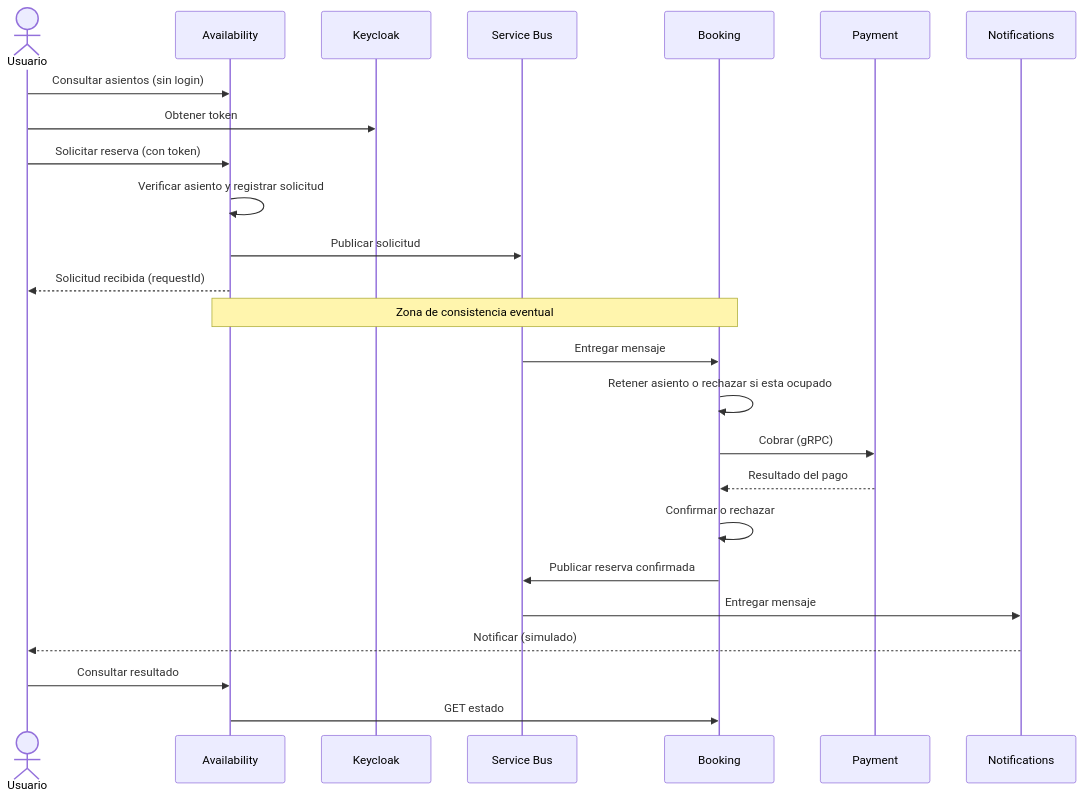
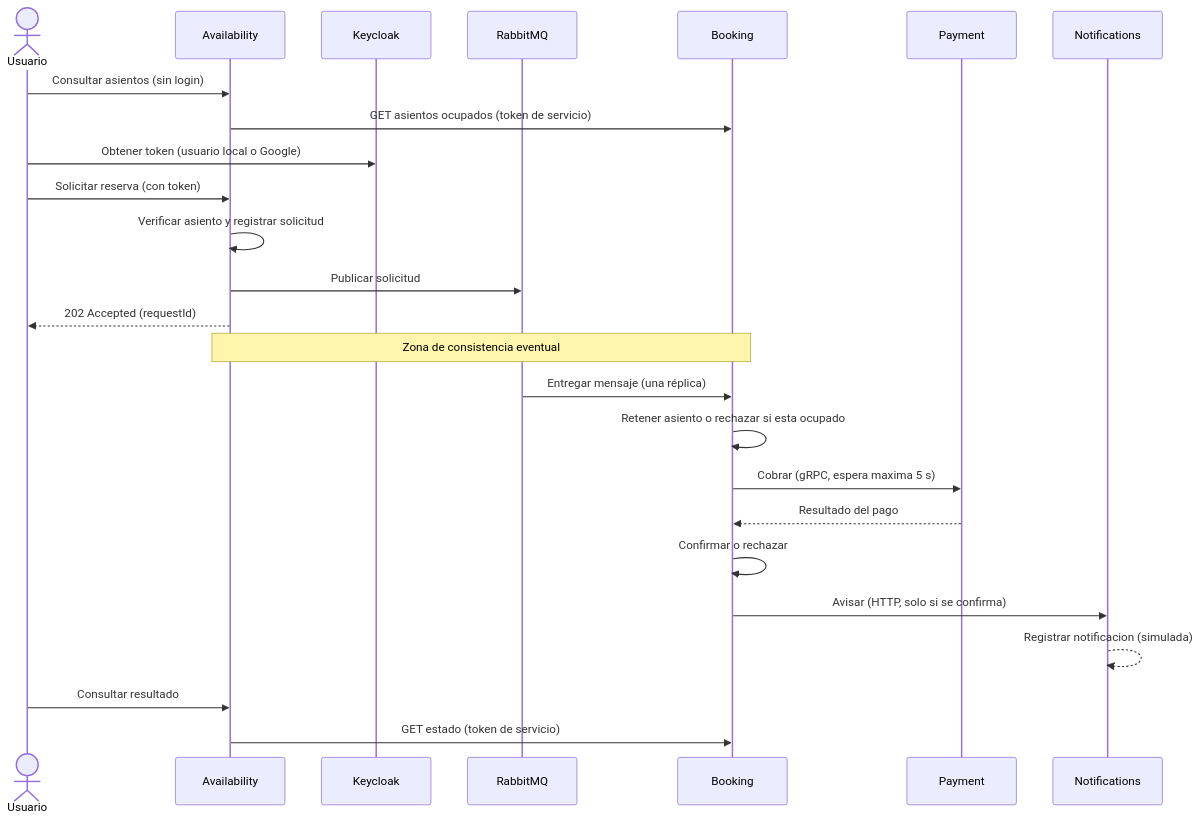
Before and after one commit to IgnacioKobylanski/ProgramacionIV-TP-Grupo-I: the first of 3 diagrams in seat-reservation/docs/referencia-del-plan.md, drawn with Mermaid. The commit also changed other lines of this file, not shown here.

First line of the commit message:
docs: actualizar referencia del plan con RabbitMQ y nuevos endpoints

````diff
--- a/seat-reservation/docs/referencia-del-plan.md
+++ b/seat-reservation/docs/referencia-del-plan.md
@@ -20,27 +28,27 @@
 ```mermaid
 sequenceDiagram
     actor U as Usuario
     participant A as Availability
     participant K as Keycloak
-    participant S as Service Bus
+    participant R as RabbitMQ
     participant B as Booking
     participant P as Payment
     participant N as Notifications
     U->>A: Consultar asientos (sin login)
-    U->>K: Obtener token
+    A->>B: GET asientos ocupados (token de servicio)
+    U->>K: Obtener token (usuario local o Google)
     U->>A: Solicitar reserva (con token)
     A->>A: Verificar asiento y registrar solicitud
-    A->>S: Publicar solicitud
-    A-->>U: Solicitud recibida (requestId)
+    A->>R: Publicar solicitud
+    A-->>U: 202 Accepted (requestId)
     Note over A,B: Zona de consistencia eventual
-    S->>B: Entregar mensaje
+    R->>B: Entregar mensaje (una réplica)
     B->>B: Retener asiento o rechazar si esta ocupado
-    B->>P: Cobrar (gRPC)
+    B->>P: Cobrar (gRPC, espera maxima 5 s)
     P-->>B: Resultado del pago
     B->>B: Confirmar o rechazar
-    B->>S: Publicar reserva confirmada
-    S->>N: Entregar mensaje
-    N-->>U: Notificar (simulado)
+    B->>N: Avisar (HTTP, solo si se confirma)
+    N-->>N: Registrar notificacion (simulada)
     U->>A: Consultar resultado
-    A->>B: GET estado
+    A->>B: GET estado (token de servicio)
 ```
````
